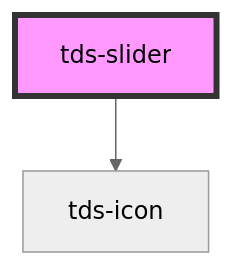
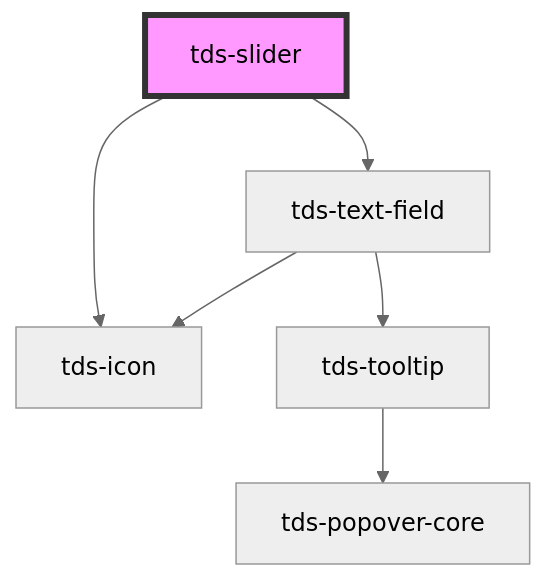
The diagram in packages/core/src/components/slider/readme.md (scania-digital-design-system/tegel), drawn with Mermaid (neutral theme) before and after one commit. The commit also changed other lines of this file and 3 other files, not shown here.

````diff
--- a/packages/core/src/components/slider/readme.md
+++ b/packages/core/src/components/slider/readme.md
@@ -61,5 +62,9 @@
 ```mermaid
 graph TD;
   tds-slider --> tds-icon
+  tds-slider --> tds-text-field
+  tds-text-field --> tds-tooltip
+  tds-text-field --> tds-icon
+  tds-tooltip --> tds-popover-core
   style tds-slider fill:#f9f,stroke:#333,stroke-width:4px
 ```
````
